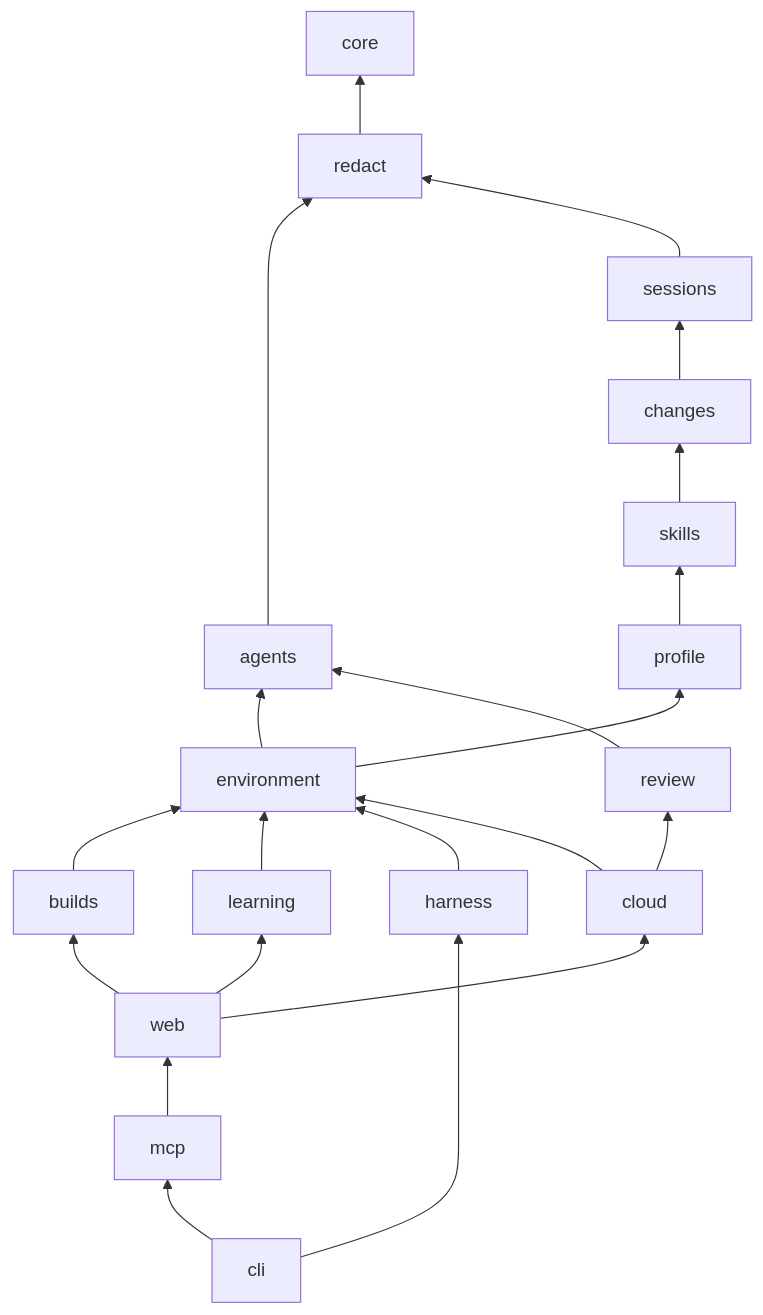
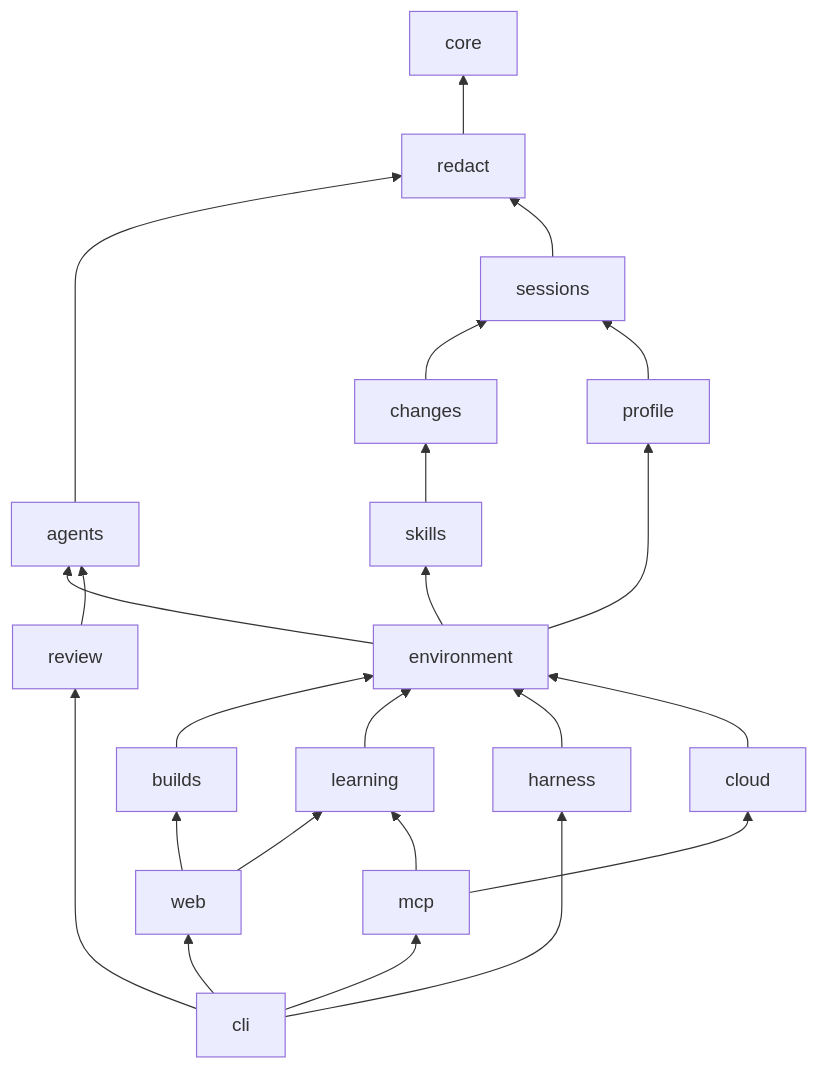
The first of 2 diagrams in docs/architecture/README.md (theonly1me/shadowclone), drawn with Mermaid before and after one commit. The commit also changed other lines of this file and 386 other files, not shown here.

````diff
--- a/docs/architecture/README.md
+++ b/docs/architecture/README.md
@@ -36,23 +36,25 @@
 ```mermaid
 graph BT
   redact --> core
   agents --> redact
   sessions --> redact
   changes --> sessions
   skills --> changes
-  profile --> skills
+  profile --> sessions
   environment --> profile
+  environment --> skills
   environment --> agents
   builds --> environment
   learning --> environment
   harness --> environment
   review --> agents
   cloud --> environment
-  cloud --> review
   web --> builds
-  web --> cloud
   web --> learning
-  mcp --> web
+  mcp --> learning
+  mcp --> cloud
   cli --> mcp
+  cli --> web
   cli --> harness
+  cli --> review
 ```
````
